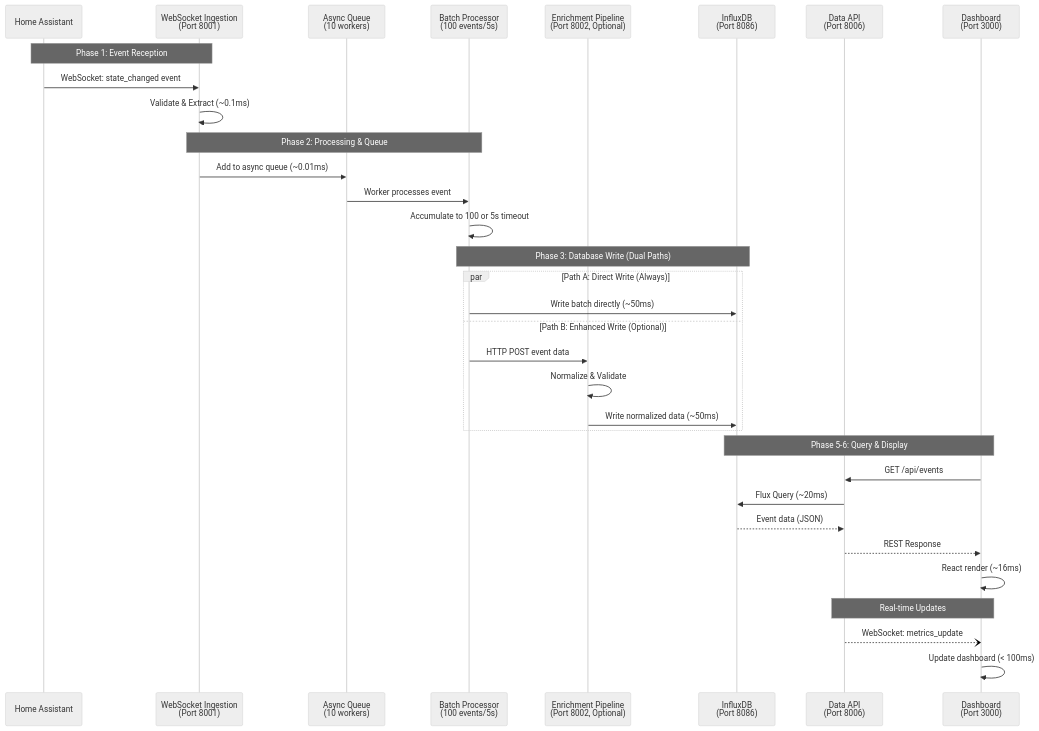
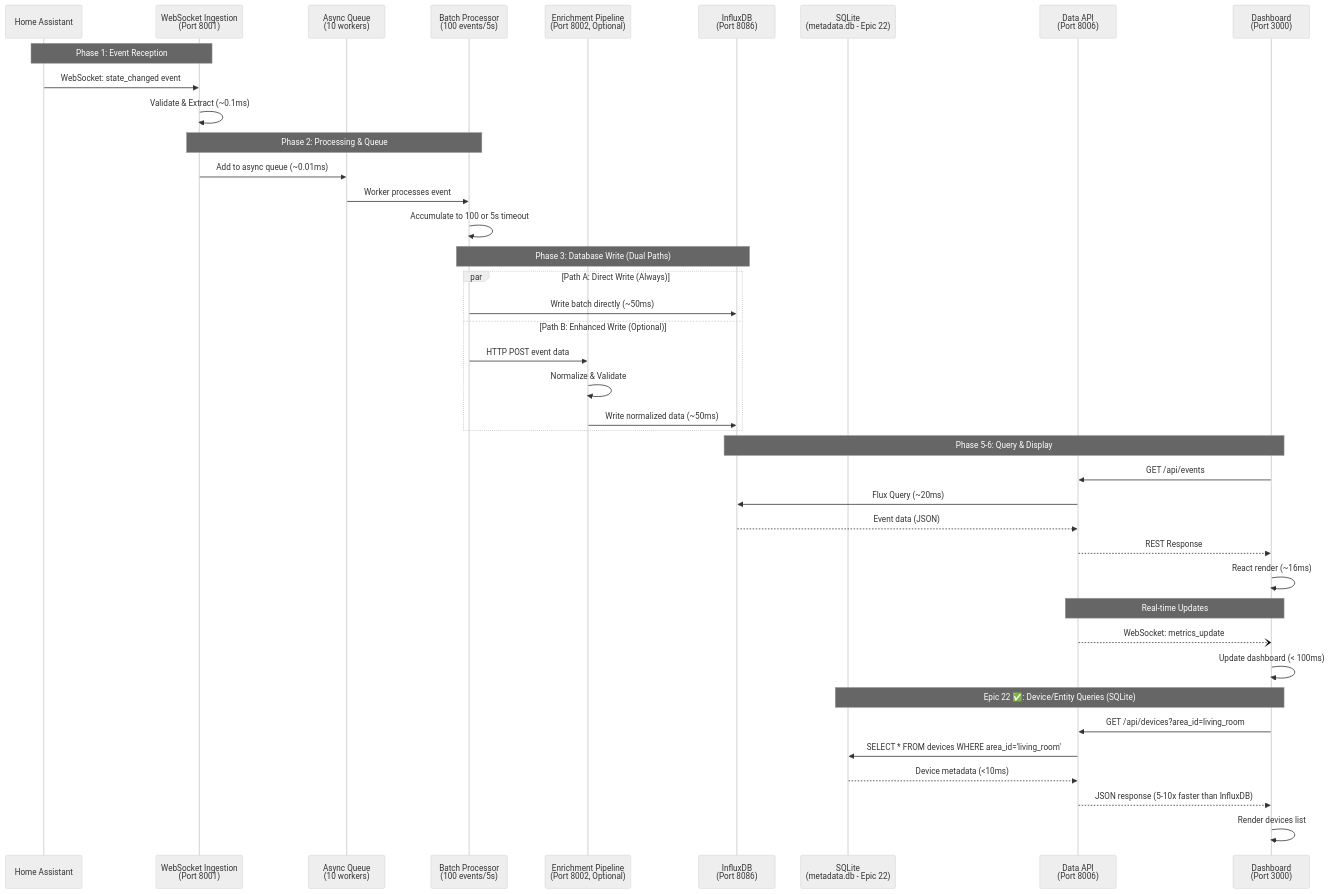
One commit to wtthornton/ha-ingestor changed the diagram in implementation/analysis/HA_EVENT_CALL_TREE.md. Above: the diagram before and after it, drawn with Mermaid (neutral theme). The commit also changed other lines of this file and 2 other files, not shown here.

First line of the commit message:
Update call trees and architecture diagrams for Epic 22

````diff
--- a/implementation/analysis/HA_EVENT_CALL_TREE.md
+++ b/implementation/analysis/HA_EVENT_CALL_TREE.md
@@ -144,40 +156,48 @@
 ```mermaid
 sequenceDiagram
     participant HA as Home Assistant
     participant WS as WebSocket Ingestion<br/>(Port 8001)
     participant Queue as Async Queue<br/>(10 workers)
     participant Batch as Batch Processor<br/>(100 events/5s)
     participant EP as Enrichment Pipeline<br/>(Port 8002, Optional)
     participant DB as InfluxDB<br/>(Port 8086)
+    participant SQLite as SQLite<br/>(metadata.db - Epic 22)
     participant API as Data API<br/>(Port 8006)
     participant UI as Dashboard<br/>(Port 3000)
     
     Note over HA,WS: Phase 1: Event Reception
     HA->>WS: WebSocket: state_changed event
     WS->>WS: Validate & Extract (~0.1ms)
     
     Note over WS,Batch: Phase 2: Processing & Queue
     WS->>Queue: Add to async queue (~0.01ms)
     Queue->>Batch: Worker processes event
     Batch->>Batch: Accumulate to 100 or 5s timeout
     
     Note over Batch,DB: Phase 3: Database Write (Dual Paths)
     par Path A: Direct Write (Always)
         Batch->>DB: Write batch directly (~50ms)
     and Path B: Enhanced Write (Optional)
         Batch->>EP: HTTP POST event data
         EP->>EP: Normalize & Validate
         EP->>DB: Write normalized data (~50ms)
     end
     
     Note over UI,DB: Phase 5-6: Query & Display
     UI->>API: GET /api/events
     API->>DB: Flux Query (~20ms)
     DB-->>API: Event data (JSON)
     API-->>UI: REST Response
     UI->>UI: React render (~16ms)
     
     Note over API,UI: Real-time Updates
     API--)UI: WebSocket: metrics_update
     UI->>UI: Update dashboard (< 100ms)
+    
+    Note over UI,SQLite: Epic 22 ✅: Device/Entity Queries (SQLite)
+    UI->>API: GET /api/devices?area_id=living_room
+    API->>SQLite: SELECT * FROM devices WHERE area_id='living_room'
+    SQLite-->>API: Device metadata (<10ms)
+    API-->>UI: JSON response (5-10x faster than InfluxDB)
+    UI->>UI: Render devices list
 ```
````
